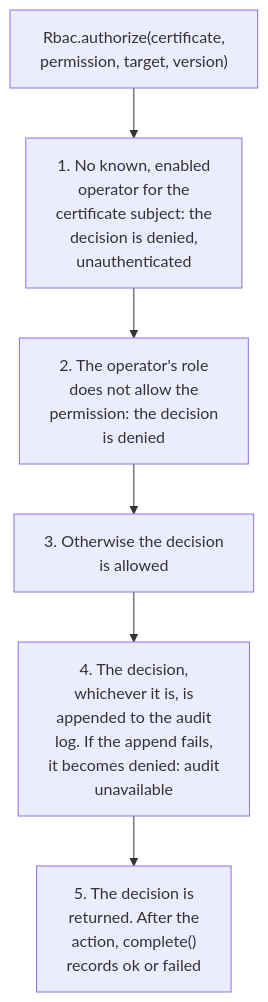
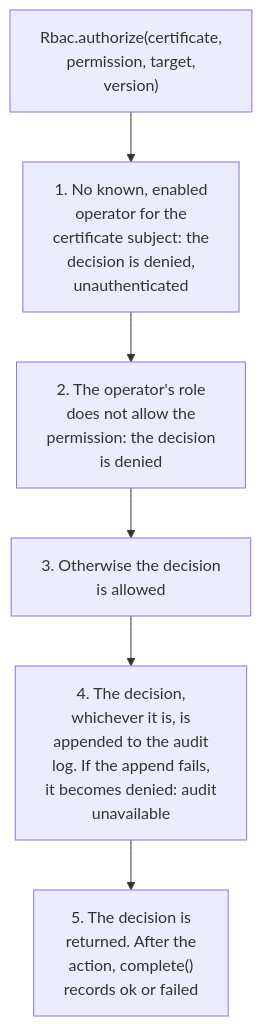
One commit to BlivionIaG/sjws_nettask changed the second of 2 diagrams in docs/design/control-plane-security.md. Above: the diagram before and after it, drawn with Mermaid. The commit also changed other lines of this file and 19 other files, not shown here.

First line of the commit message:
docs: fix the diagrams the fact-check found imprecise

````diff
--- a/docs/design/control-plane-security.md
+++ b/docs/design/control-plane-security.md
@@ -85,8 +85,8 @@
 ```mermaid
 flowchart TD
-    a["Rbac.authorize(certificate,<br/>permission, target, version)"] --> c1["1. No known, enabled<br/>operator for the<br/>certificate subject: the<br/>decision is denied,<br/>unauthenticated"]
+    a["Rbac.authorize(certificate,<br/>permission, target,<br/>version)"] --> c1["1. No known, enabled<br/>operator for the<br/>certificate subject: the<br/>decision is denied,<br/>unauthenticated"]
     c1 --> c2["2. The operator's role<br/>does not allow the<br/>permission: the decision<br/>is denied"]
     c2 --> c3["3. Otherwise the decision<br/>is allowed"]
     c3 --> c4["4. The decision,<br/>whichever it is, is<br/>appended to the audit<br/>log. If the append fails,<br/>it becomes denied: audit<br/>unavailable"]
     c4 --> c5["5. The decision is<br/>returned. After the<br/>action, complete()<br/>records ok or failed"]
 ```
````
